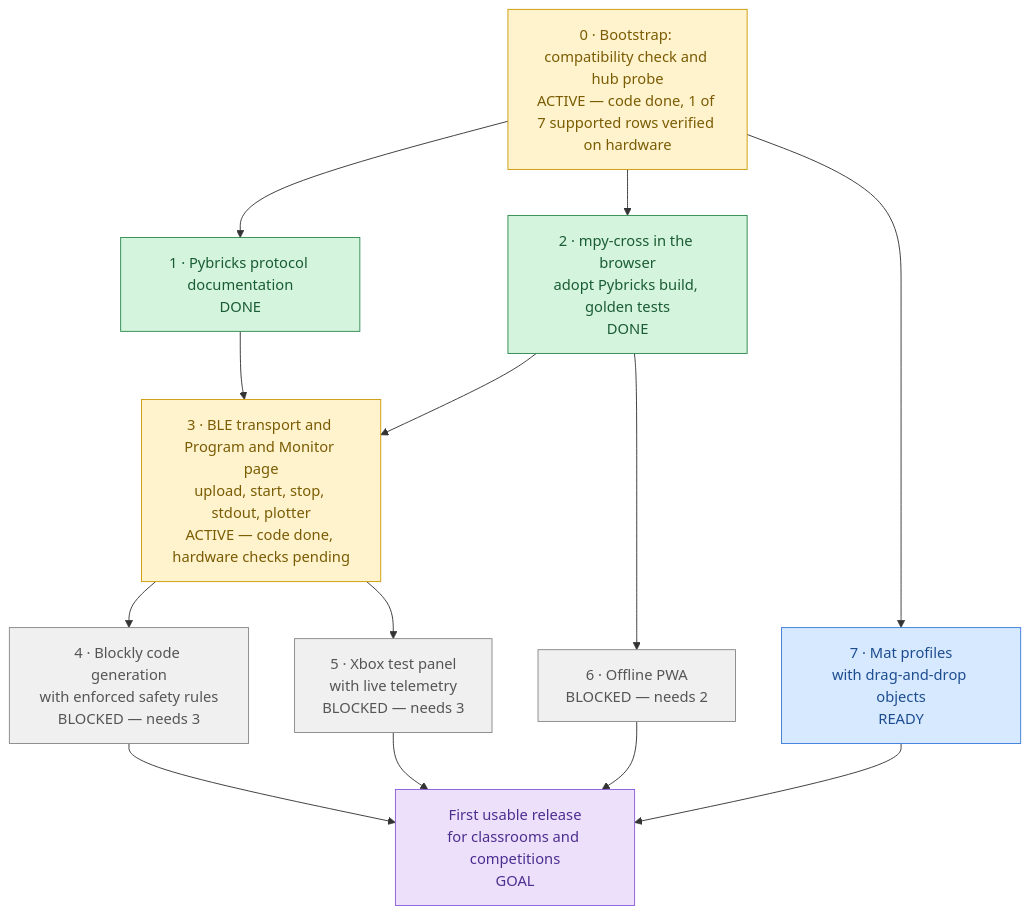
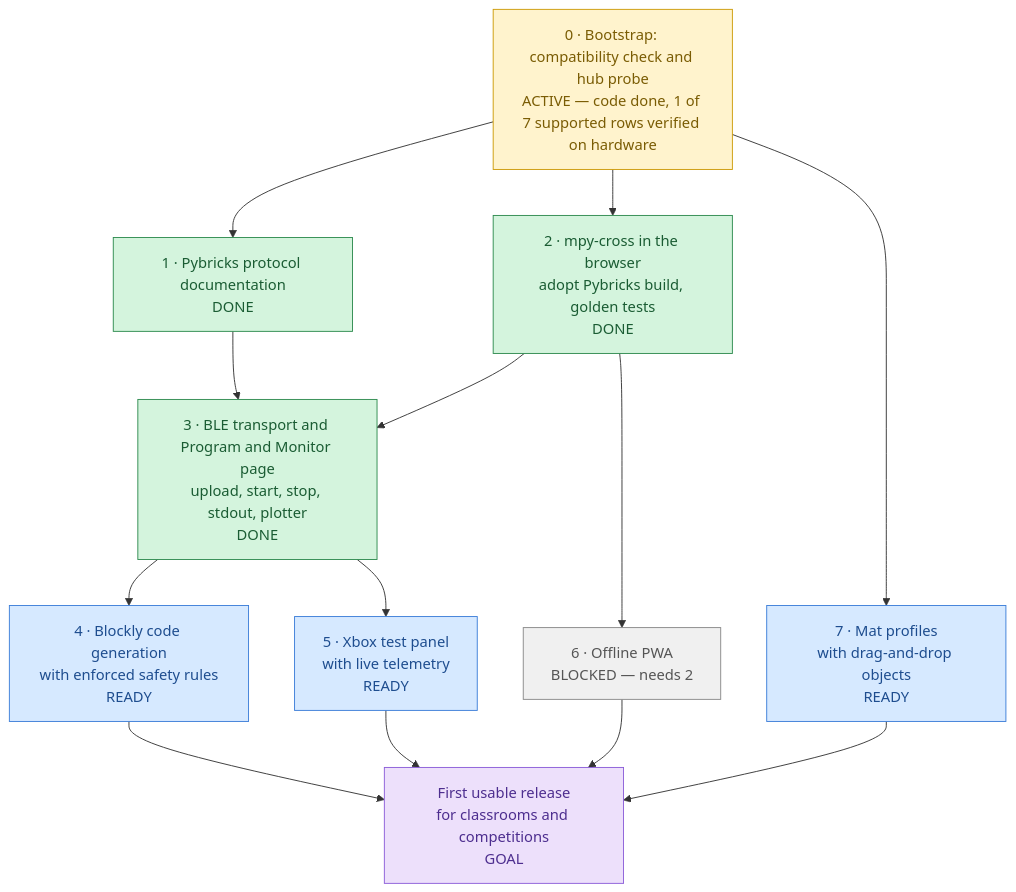
Before and after one commit to lumduan/matpilot: the diagram in docs/roadmap.md, drawn with Mermaid. The commit also changed other lines of this file and 1 other file, not shown here.

First line of the commit message:
docs: record milestone 3 hardware checks, mark it done

````diff
--- a/docs/roadmap.md
+++ b/docs/roadmap.md
@@ -10,37 +10,37 @@
 ```mermaid
 flowchart TD
     M0["0 · Bootstrap: compatibility check and hub probe<br/>ACTIVE — code done, 1 of 7 supported rows verified on hardware"]
     M1["1 · Pybricks protocol documentation<br/>DONE"]
     M2["2 · mpy-cross in the browser<br/>adopt Pybricks build, golden tests<br/>DONE"]
-    M3["3 · BLE transport and Program and Monitor page<br/>upload, start, stop, stdout, plotter<br/>ACTIVE — code done, hardware checks pending"]
-    M4["4 · Blockly code generation<br/>with enforced safety rules<br/>BLOCKED — needs 3"]
-    M5["5 · Xbox test panel<br/>with live telemetry<br/>BLOCKED — needs 3"]
+    M3["3 · BLE transport and Program and Monitor page<br/>upload, start, stop, stdout, plotter<br/>DONE"]
+    M4["4 · Blockly code generation<br/>with enforced safety rules<br/>READY"]
+    M5["5 · Xbox test panel<br/>with live telemetry<br/>READY"]
     M6["6 · Offline PWA<br/>BLOCKED — needs 2"]
     M7["7 · Mat profiles<br/>with drag-and-drop objects<br/>READY"]
     GOAL["First usable release<br/>for classrooms and competitions<br/>GOAL"]
 
     M0 --> M1
     M0 --> M2
     M0 --> M7
     M1 --> M3
     M2 --> M3
     M3 --> M4
     M3 --> M5
     M2 --> M6
     M4 --> GOAL
     M5 --> GOAL
     M6 --> GOAL
     M7 --> GOAL
 
     classDef done     fill:#d4f4dd,stroke:#2d8a4e,color:#1a5c33
     classDef active   fill:#fff3cd,stroke:#cc9a06,color:#7a5c04
     classDef ready    fill:#d6e9ff,stroke:#3b7dd8,color:#1e4d8f
     classDef blocked  fill:#f0f0f0,stroke:#888,color:#555
     classDef goal     fill:#ede0fb,stroke:#8a5cd8,color:#4d2e8f
 
-    class M0,M3 active
-    class M1,M2 done
-    class M7 ready
-    class M4,M5,M6 blocked
+    class M0 active
+    class M1,M2,M3 done
+    class M4,M5,M7 ready
+    class M6 blocked
     class GOAL goal
 ```
````
